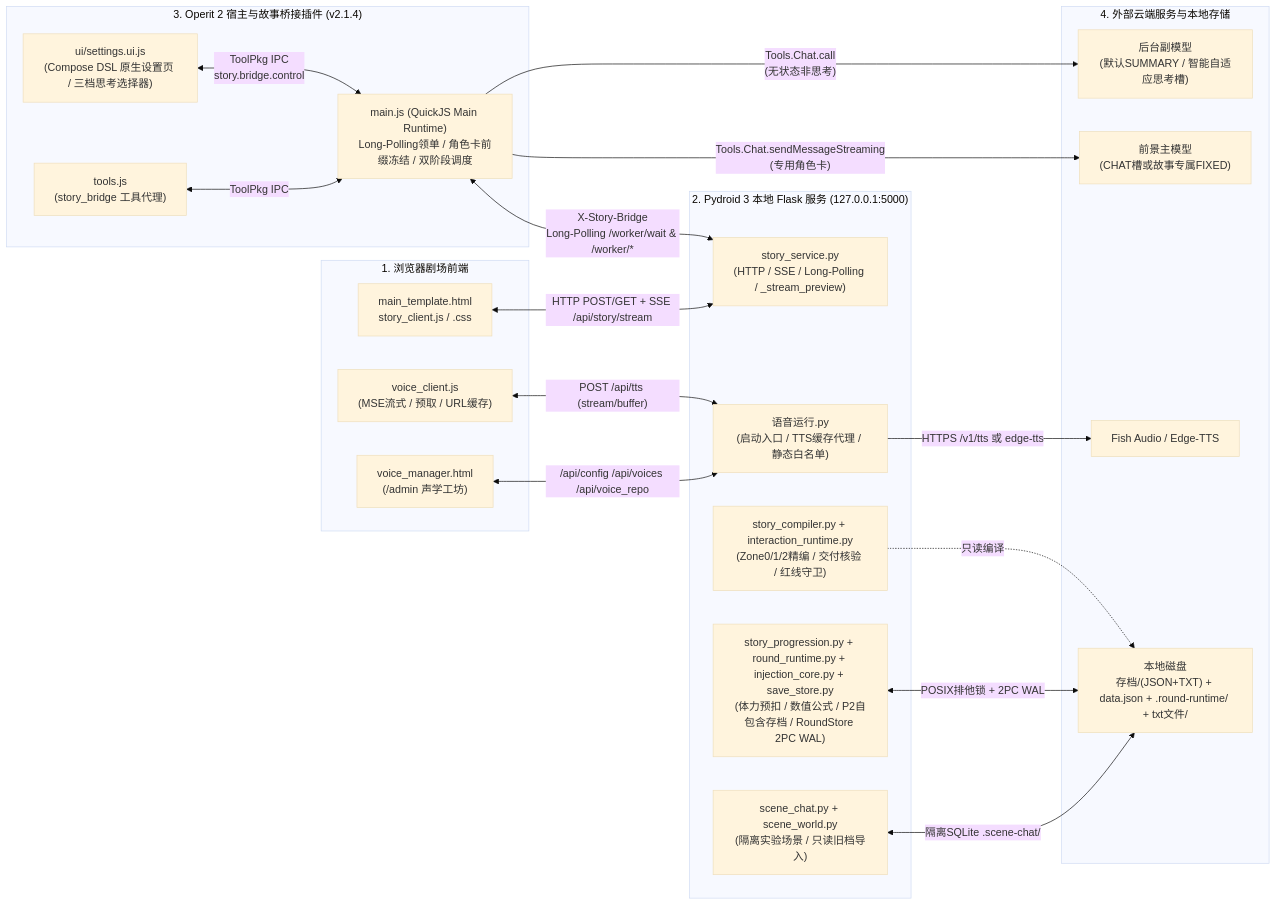
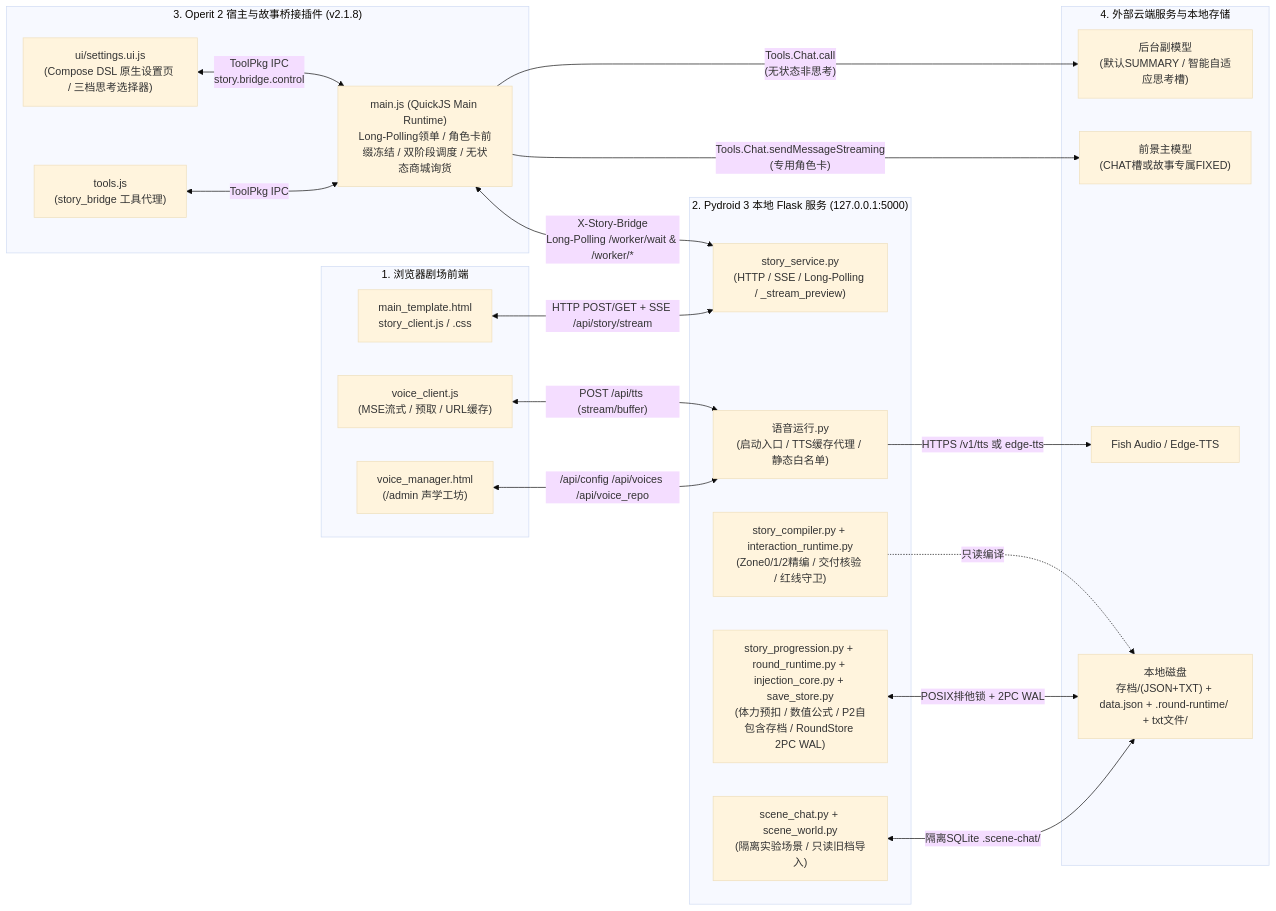
One commit to yimisunan/huan-yi changed the first of 4 diagrams in 开发者说明/01_系统总架构与模块依赖.md. Above: the diagram before and after it, drawn with Mermaid (base theme). The commit also changed 85 other files, not shown here.

````diff
--- a/开发者说明/01_系统总架构与模块依赖.md
+++ b/开发者说明/01_系统总架构与模块依赖.md
@@ -11,42 +11,42 @@
 ```mermaid
 flowchart LR
     subgraph Browser["1. 浏览器剧场前端"]
         UI["main_template.html\nstory_client.js / .css"]
         VC["voice_client.js\n(MSE流式 / 预取 / URL缓存)"]
         VM["voice_manager.html\n(/admin 声学工坊)"]
     end
 
     subgraph Flask["2. Pydroid 3 本地 Flask 服务 (127.0.0.1:5000)"]
         VR["语音运行.py\n(启动入口 / TTS缓存代理 / 静态白名单)"]
         SS["story_service.py\n(HTTP / SSE / Long-Polling / _stream_preview)"]
         SC["story_compiler.py + interaction_runtime.py\n(Zone0/1/2精编 / 交付核验 / 红线守卫)"]
         SP["story_progression.py + round_runtime.py + injection_core.py + save_store.py\n(体力预扣 / 数值公式 / P2自包含存档 / RoundStore 2PC WAL)"]
         EXP["scene_chat.py + scene_world.py\n(隔离实验场景 / 只读旧档导入)"]
     end
 
-    subgraph Operit["3. Operit 2 宿主与故事桥接插件 (v2.1.4)"]
-        MJS["main.js (QuickJS Main Runtime)\nLong-Polling领单 / 角色卡前缀冻结 / 双阶段调度"]
+    subgraph Operit["3. Operit 2 宿主与故事桥接插件 (v2.1.8)"]
+        MJS["main.js (QuickJS Main Runtime)\nLong-Polling领单 / 角色卡前缀冻结 / 双阶段调度 / 无状态商城询货"]
         SUI["ui/settings.ui.js\n(Compose DSL 原生设置页 / 三档思考选择器)"]
         TJS["tools.js\n(story_bridge 工具代理)"]
     end
 
     subgraph External["4. 外部云端服务与本地存储"]
         LLM1["前景主模型\n(CHAT槽或故事专属FIXED)"]
         LLM2["后台副模型\n(默认SUMMARY / 智能自适应思考槽)"]
         TTS["Fish Audio / Edge-TTS"]
         DISK["本地磁盘\n存档/(JSON+TXT) + data.json + .round-runtime/ + txt文件/"]
     end
 
     UI <-->|"HTTP POST/GET + SSE /api/story/stream"| SS
     VC <-->|"POST /api/tts (stream/buffer)"| VR
     VM <-->|"/api/config /api/voices /api/voice_repo"| VR
     MJS <-->|"X-Story-Bridge\nLong-Polling /worker/wait & /worker/*"| SS
     SUI <-->|"ToolPkg IPC\nstory.bridge.control"| MJS
     TJS <-->|"ToolPkg IPC"| MJS
     MJS -->|"Tools.Chat.sendMessageStreaming\n(专用角色卡)"| LLM1
     MJS -->|"Tools.Chat.call\n(无状态非思考)"| LLM2
     VR -->|"HTTPS /v1/tts 或 edge-tts"| TTS
     SP <-->|"POSIX排他锁 + 2PC WAL"| DISK
     SC -.->|"只读编译"| DISK
     EXP <-->|"隔离SQLite .scene-chat/"| DISK
 ```
````
